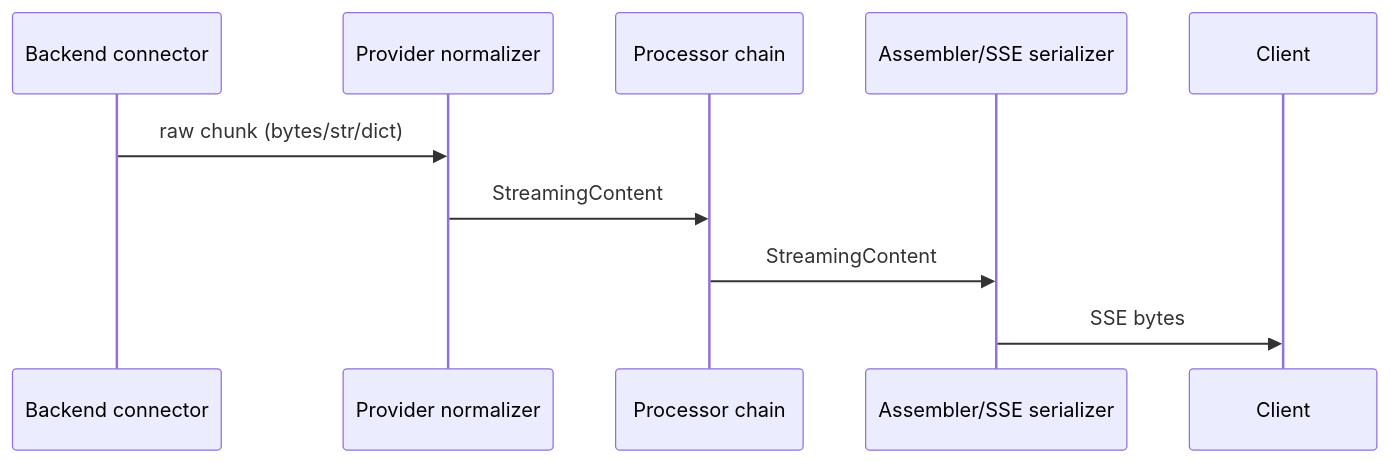
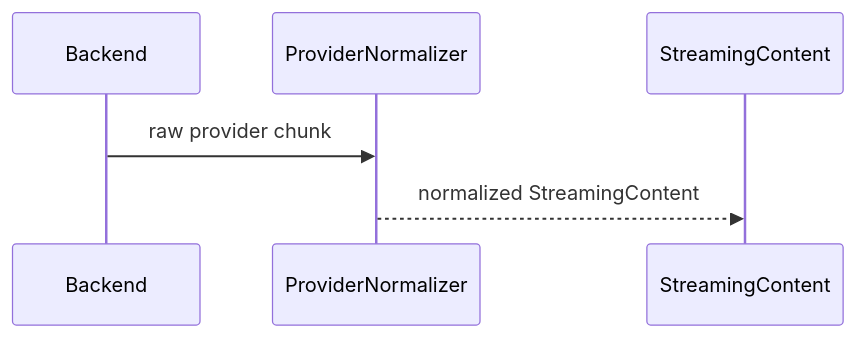
The second of 5 diagrams in .kiro/specs/streaming-contracts-god-object-refactoring/design.md (matdev83/llm-interactive-proxy), drawn with Mermaid before and after one commit. The commit also changed other lines of this file and 59 other files, not shown here.

````diff
--- a/.kiro/specs/streaming-contracts-god-object-refactoring/design.md
+++ b/.kiro/specs/streaming-contracts-god-object-refactoring/design.md
@@ -231,13 +93,9 @@
 ```mermaid
 sequenceDiagram
-  participant B as Backend connector
-  participant N as Provider normalizer
-  participant P as Processor chain
-  participant A as Assembler/SSE serializer
-  participant C as Client
+  participant Backend as Backend
+  participant Normalizer as ProviderNormalizer
+  participant SC as StreamingContent
 
-  B->>N: raw chunk (bytes/str/dict)
-  N->>P: StreamingContent
-  P->>A: StreamingContent
-  A->>C: SSE bytes
+  Backend->>Normalizer: raw provider chunk
+  Normalizer-->>SC: normalized StreamingContent
 ```
````
